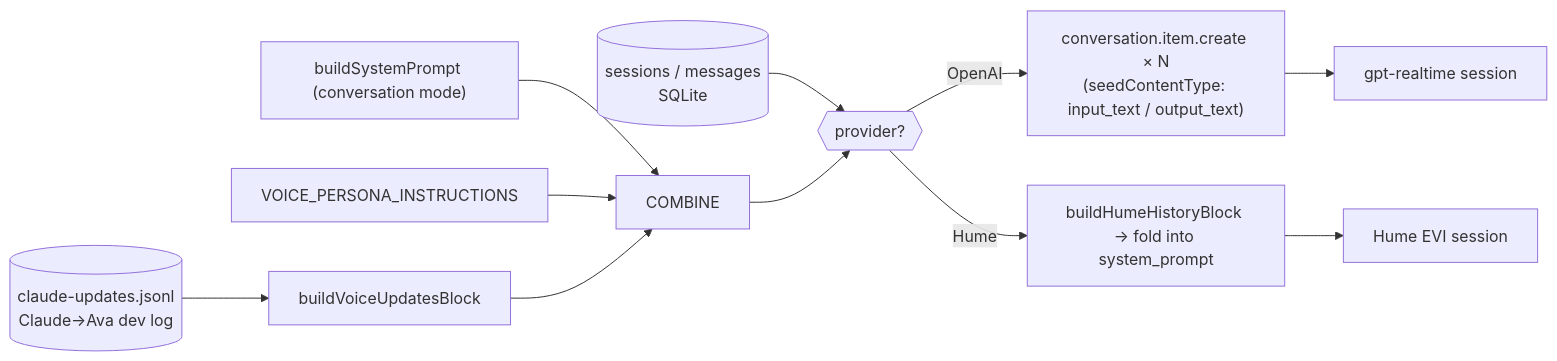
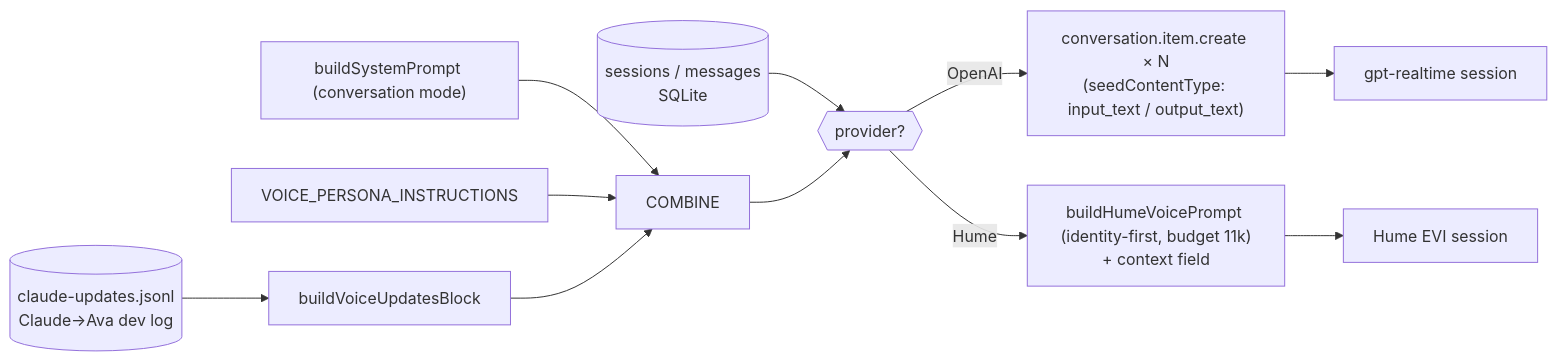
Before and after one commit to NikoloziGagua/AVA: the fourth of 6 diagrams in docs/architecture/06-voice-pipeline.md, drawn with Mermaid. The commit also changed other lines of this file and 2 other files, not shown here.

First line of the commit message:
docs(voice): document the Hume memory/identity fix; reconcile the last context comment

````diff
--- a/docs/architecture/06-voice-pipeline.md
+++ b/docs/architecture/06-voice-pipeline.md
@@ -371,16 +371,16 @@
 ```mermaid
 flowchart LR
   DB[(sessions / messages<br/>SQLite)] --> SEED
   DEVLOG[(claude-updates.jsonl<br/>Claude→Ava dev log)] --> UPD["buildVoiceUpdatesBlock"]
   SYS["buildSystemPrompt (conversation mode)"] --> COMBINE
   PERSONA["VOICE_PERSONA_INSTRUCTIONS"] --> COMBINE
   UPD --> COMBINE
 
   SEED{{provider?}}
   COMBINE --> SEED
   SEED -->|OpenAI| ITEMS["conversation.item.create × N<br/>(seedContentType: input_text / output_text)"]
-  SEED -->|Hume| BLOCK["buildHumeHistoryBlock → fold into system_prompt"]
+  SEED -->|Hume| BLOCK["buildHumeVoicePrompt (identity-first, budget 11k)<br/>+ context field"]
 
   ITEMS --> RT[gpt-realtime session]
   BLOCK --> HUME[Hume EVI session]
 ```
````
